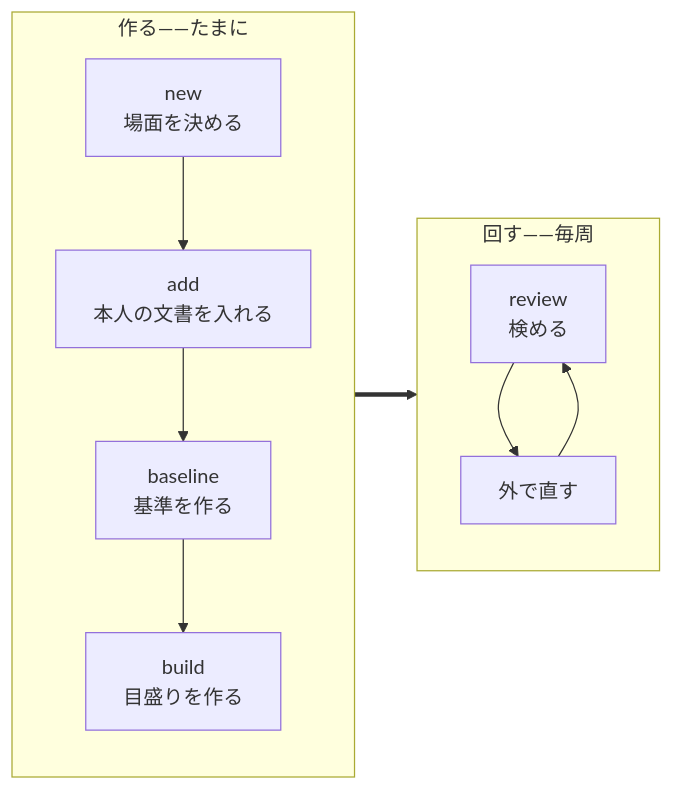
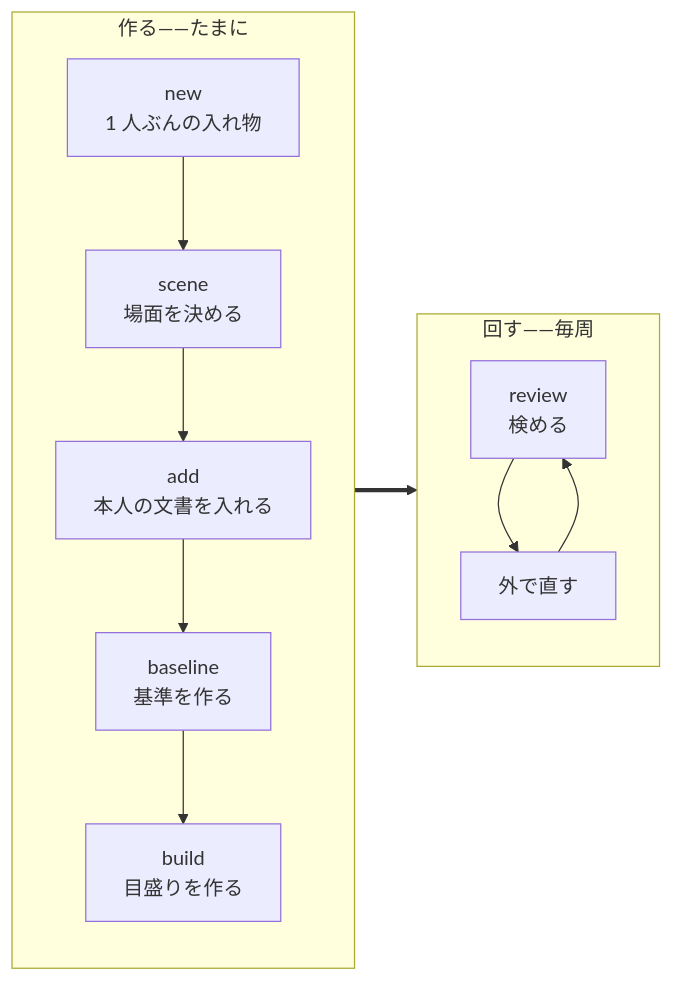
The diagram in docs/design/200-command.md (lambdalisue/kuchiyose), drawn with Mermaid before and after one commit. The commit also changed other lines of this file and 14 other files, not shown here.

````diff
--- a/docs/design/200-command.md
+++ b/docs/design/200-command.md
@@ -15,15 +15,16 @@
 ```mermaid
 flowchart LR
     subgraph make["作る——たまに"]
         direction TB
-        new["new<br/>場面を決める"] --> add["add<br/>本人の文書を入れる"]
+        new["new<br/>1 人ぶんの入れ物"] --> scene["scene<br/>場面を決める"]
+        scene --> add["add<br/>本人の文書を入れる"]
         add --> base["baseline<br/>基準を作る"]
         base --> build["build<br/>目盛りを作る"]
     end
     subgraph loop["回す——毎周"]
         direction TB
         review["review<br/>検める"] --> fix["外で直す"]
         fix --> review
     end
     build ==> review
 ```
````
